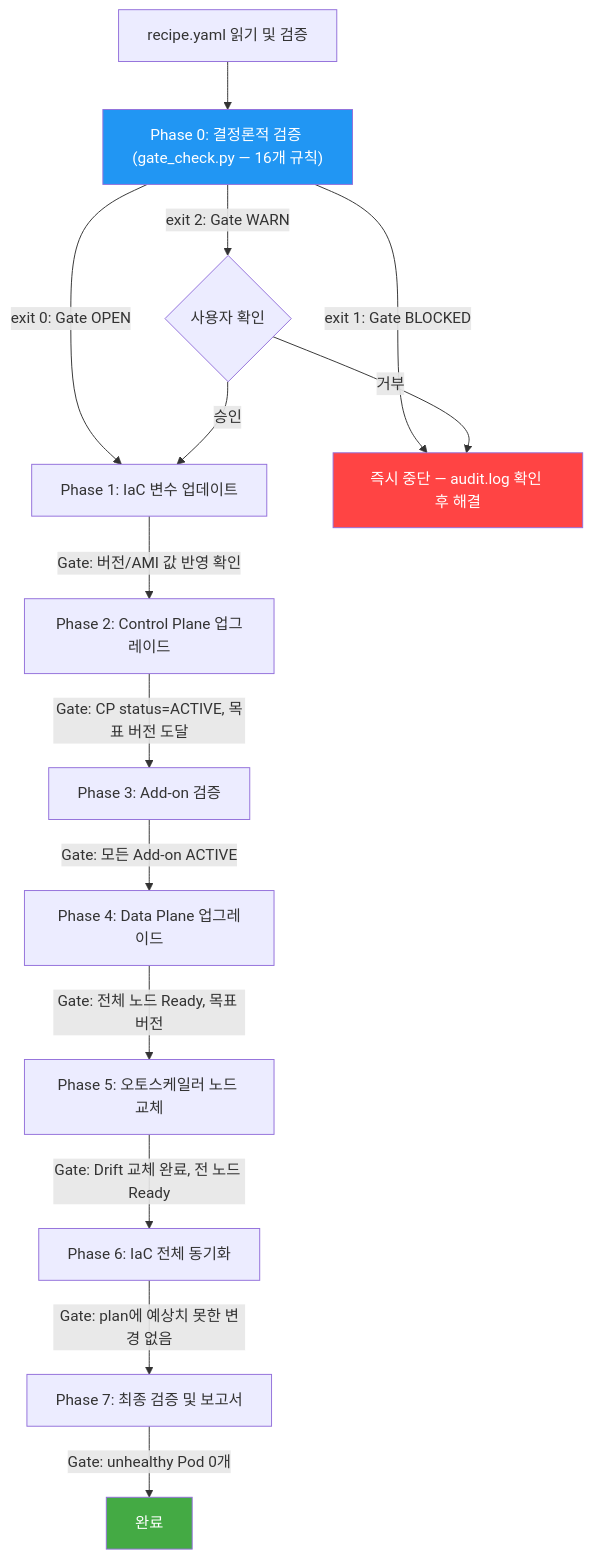
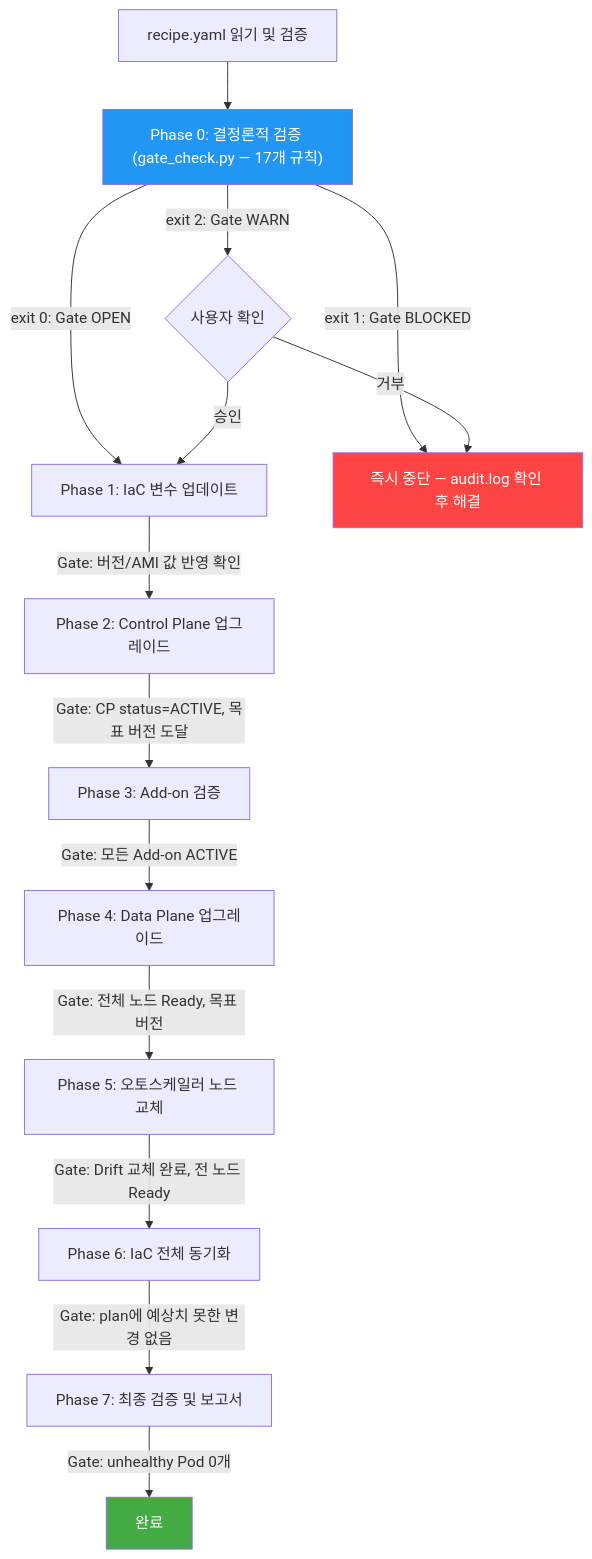
The diagram in README.md (HaeDalWang/k8s-upgrade-skills), drawn with Mermaid before and after one commit. The commit also changed other lines of this file and 7 other files, not shown here.

````diff
--- a/README.md
+++ b/README.md
@@ -163,20 +163,20 @@
 ```mermaid
 graph TD
-    A[recipe.yaml 읽기 및 검증] --> B0["Phase 0: 결정론적 검증 (gate_check.py — 16개 규칙)"]
+    A[recipe.yaml 읽기 및 검증] --> B0["Phase 0: 결정론적 검증 (gate_check.py — 17개 규칙)"]
     B0 -- "exit 0: Gate OPEN" --> C[Phase 1: IaC 변수 업데이트]
     B0 -- "exit 1: Gate BLOCKED" --> STOP[즉시 중단 — audit.log 확인 후 해결]
     B0 -- "exit 2: Gate WARN" --> USER_CONFIRM{사용자 확인}
     USER_CONFIRM -- "승인" --> C
     USER_CONFIRM -- "거부" --> STOP
     C -- "Gate: 버전/AMI 값 반영 확인" --> D[Phase 2: Control Plane 업그레이드]
     D -- "Gate: CP status=ACTIVE, 목표 버전 도달" --> E[Phase 3: Add-on 검증]
     E -- "Gate: 모든 Add-on ACTIVE" --> F[Phase 4: Data Plane 업그레이드]
     F -- "Gate: 전체 노드 Ready, 목표 버전" --> G[Phase 5: 오토스케일러 노드 교체]
     G -- "Gate: Drift 교체 완료, 전 노드 Ready" --> H[Phase 6: IaC 전체 동기화]
     H -- "Gate: plan에 예상치 못한 변경 없음" --> I[Phase 7: 최종 검증 및 보고서]
     I -- "Gate: unhealthy Pod 0개" --> J[완료]
 
     style STOP fill:#f44,color:#fff
     style J fill:#4a4,color:#fff
     style B0 fill:#2196F3,color:#fff
 ```
````
